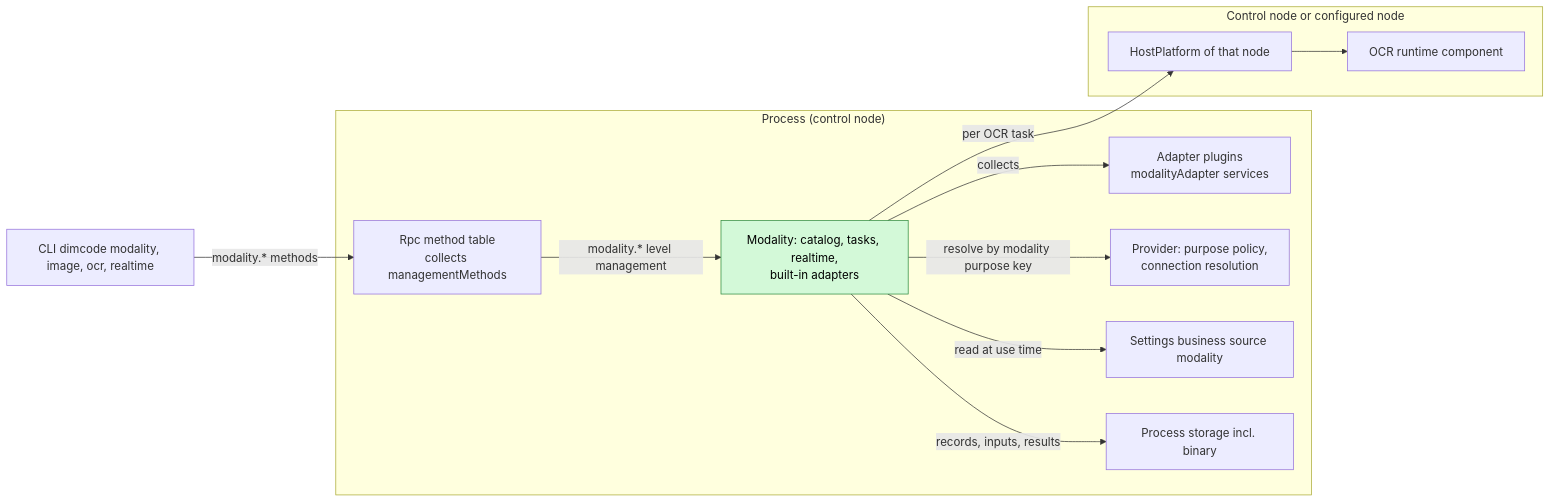
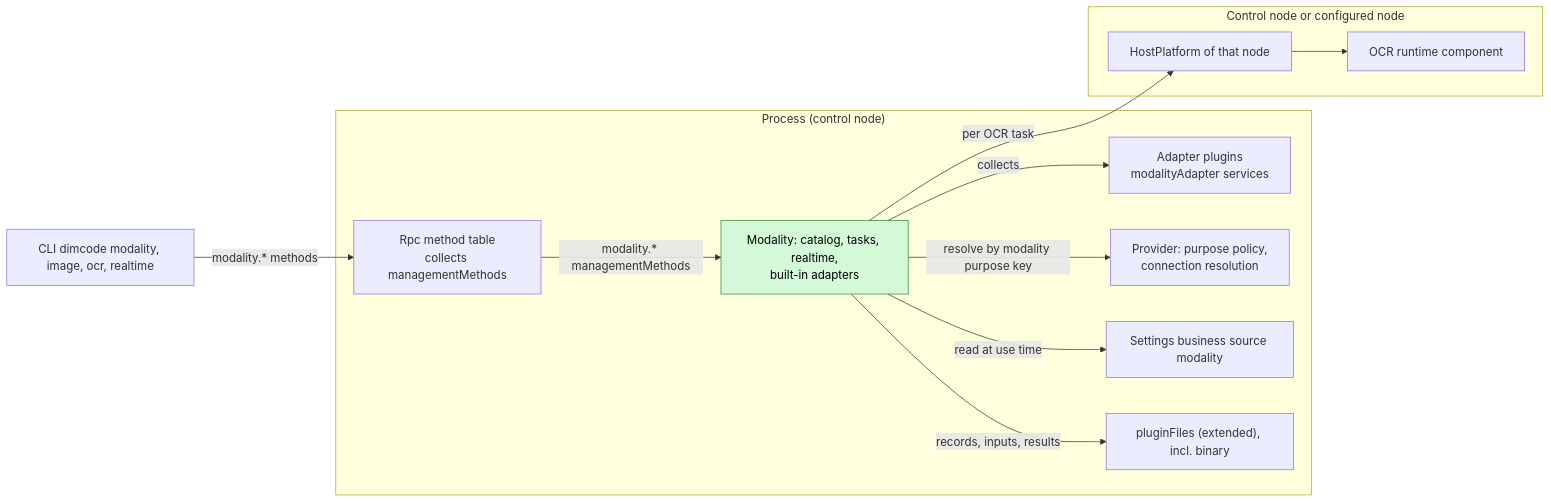
One commit to CoutinhoTTS/dim-agent changed the first of 6 diagrams in docs/design/plugins/Modality.md. Above: the diagram before and after it, drawn with Mermaid. The commit also changed other lines of this file and 42 other files, not shown here.

````diff
--- a/docs/design/plugins/Modality.md
+++ b/docs/design/plugins/Modality.md
@@ -9,25 +9,25 @@
 ```mermaid
 flowchart LR
   subgraph PROC["Process (control node)"]
     Mod["Modality: catalog, tasks, realtime,<br/>built-in adapters"]:::new
     AdPlug["Adapter plugins<br/>modalityAdapter services"]
     Rpc["Rpc method table<br/>collects managementMethods"]
     Prov["Provider: purpose policy,<br/>connection resolution"]
     Set["Settings business source modality"]
-    Store["Process storage incl. binary"]
+    Store["pluginFiles (extended), incl. binary"]
   end
   subgraph NODE["Control node or configured node"]
     HP["HostPlatform of that node"]
     OCR["OCR runtime component"]
   end
   CLI["CLI dimcode modality, image, ocr, realtime"]
   Mod -->|"collects"| AdPlug
   Mod -->|"per OCR task"| HP
   HP --> OCR
   Mod -->|"resolve by modality purpose key"| Prov
   Mod -->|"records, inputs, results"| Store
   Mod -->|"read at use time"| Set
-  Rpc -->|"modality.* level management"| Mod
+  Rpc -->|"modality.* managementMethods"| Mod
   CLI -->|"modality.* methods"| Rpc
   classDef new fill:#d3f9d8,stroke:#2b8a3e,color:#000
 ```
````
